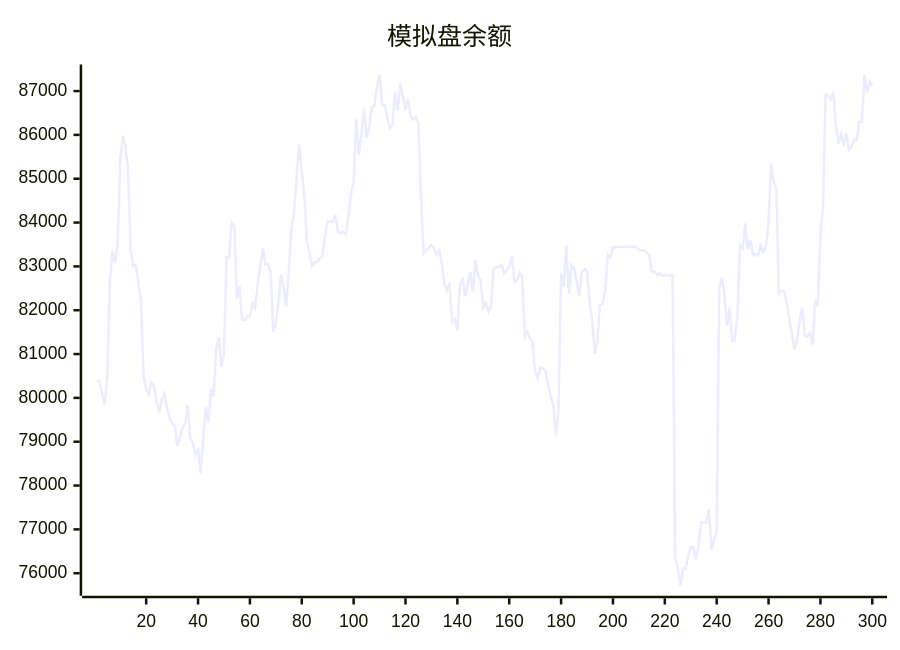
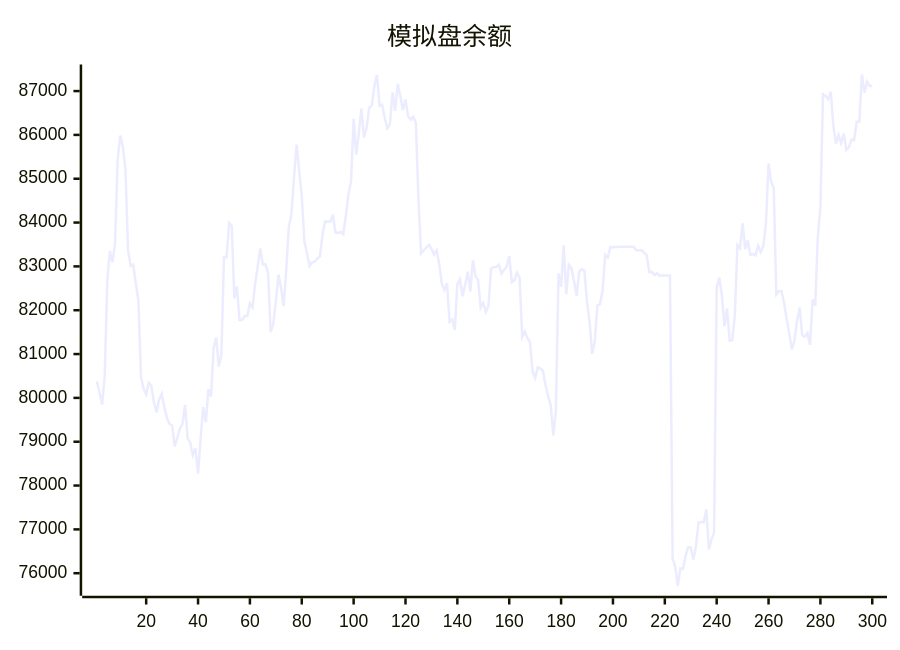
One commit to aahl/ai-trading changed the diagram in README.md. Above: the diagram before and after it, drawn with Mermaid. The commit also changed other lines of this file and 1 other file, not shown here.

````diff
--- a/README.md
+++ b/README.md
@@ -5,5 +5,5 @@
 ```mermaid
 xychart
     title "模拟盘余额"
-    line [80403,80374,80118,79848,80491,82665,83351,83098,83525,85430,85983,85737,85221,83378,83014,83043,82613,82216,80477,80208,80081,80348,80277,79894,79670,79965,80093,79786,79542,79406,79371,78893,79087,79304,79406,79841,79072,78978,78696,78846,78272,79085,79787,79442,80198,80031,81120,81379,80718,80985,83214,83212,83993,83921,82270,82547,81776,81776,81866,81866,82158,82061,82596,83000,83408,83041,83050,82858,81503,81691,82188,82812,82517,82092,82901,83898,84180,85030,85781,85178,84604,83569,83298,83008,83093,83107,83175,83228,83729,84025,84017,84019,84177,83775,83762,83785,83738,84160,84639,84939,86370,85548,86046,86599,85942,86161,86622,86664,87115,87369,86666,86685,86384,86152,86243,86969,86548,87164,86885,86566,86809,86427,86348,86417,86273,84538,83299,83369,83430,83490,83404,83270,83362,83056,82605,82459,82614,81734,81788,81551,82598,82702,82320,82580,82878,82426,83139,82778,82686,82056,82166,81963,82110,82951,82983,82984,83038,82838,82915,82998,83235,82642,82682,82858,82746,81396,81512,81362,81277,80600,80461,80699,80673,80616,80288,80038,79836,79142,79722,82837,82533,83480,82366,83032,82960,82654,82330,82883,82934,82901,82188,81728,81005,81298,82110,82135,82449,83264,83203,83440,83439,83440,83440,83446,83447,83448,83447,83448,83449,83369,83369,83369,83313,83256,82872,82873,82801,82844,82785,82791,82791,82793,82794,76339,76145,75714,76110,76096,76397,76594,76585,76310,76607,77160,77170,77160,77456,76541,76774,76927,82520,82744,82337,81639,82040,81307,81314,81887,83490,83414,83984,83396,83594,83261,83287,83253,83470,83327,83465,83987,85348,84930,84786,82355,82433,82438,82167,81795,81466,81105,81315,81756,82064,81426,81398,81481,81210,82242,82099,83658,84359,86925,86892,86814,86980,86203,85802,86003,85811,86028,85657,85721,85896,85880,86300,86299,87378,86965,87214,87115]
+    line [80374,80118,79848,80491,82665,83351,83098,83525,85430,85983,85737,85221,83378,83014,83043,82613,82216,80477,80208,80081,80348,80277,79894,79670,79965,80093,79786,79542,79406,79371,78893,79087,79304,79406,79841,79072,78978,78696,78846,78272,79085,79787,79442,80198,80031,81120,81379,80718,80985,83214,83212,83993,83921,82270,82547,81776,81776,81866,81866,82158,82061,82596,83000,83408,83041,83050,82858,81503,81691,82188,82812,82517,82092,82901,83898,84180,85030,85781,85178,84604,83569,83298,83008,83093,83107,83175,83228,83729,84025,84017,84019,84177,83775,83762,83785,83738,84160,84639,84939,86370,85548,86046,86599,85942,86161,86622,86664,87115,87369,86666,86685,86384,86152,86243,86969,86548,87164,86885,86566,86809,86427,86348,86417,86273,84538,83299,83369,83430,83490,83404,83270,83362,83056,82605,82459,82614,81734,81788,81551,82598,82702,82320,82580,82878,82426,83139,82778,82686,82056,82166,81963,82110,82951,82983,82984,83038,82838,82915,82998,83235,82642,82682,82858,82746,81396,81512,81362,81277,80600,80461,80699,80673,80616,80288,80038,79836,79142,79722,82837,82533,83480,82366,83032,82960,82654,82330,82883,82934,82901,82188,81728,81005,81298,82110,82135,82449,83264,83203,83440,83439,83440,83440,83446,83447,83448,83447,83448,83449,83369,83369,83369,83313,83256,82872,82873,82801,82844,82785,82791,82791,82793,82794,76339,76145,75714,76110,76096,76397,76594,76585,76310,76607,77160,77170,77160,77456,76541,76774,76927,82520,82744,82337,81639,82040,81307,81314,81887,83490,83414,83984,83396,83594,83261,83287,83253,83470,83327,83465,83987,85348,84930,84786,82355,82433,82438,82167,81795,81466,81105,81315,81756,82064,81426,81398,81481,81210,82242,82099,83658,84359,86925,86892,86814,86980,86203,85802,86003,85811,86028,85657,85721,85896,85880,86300,86299,87378,86965,87214,87115,87118]
 ```
````
